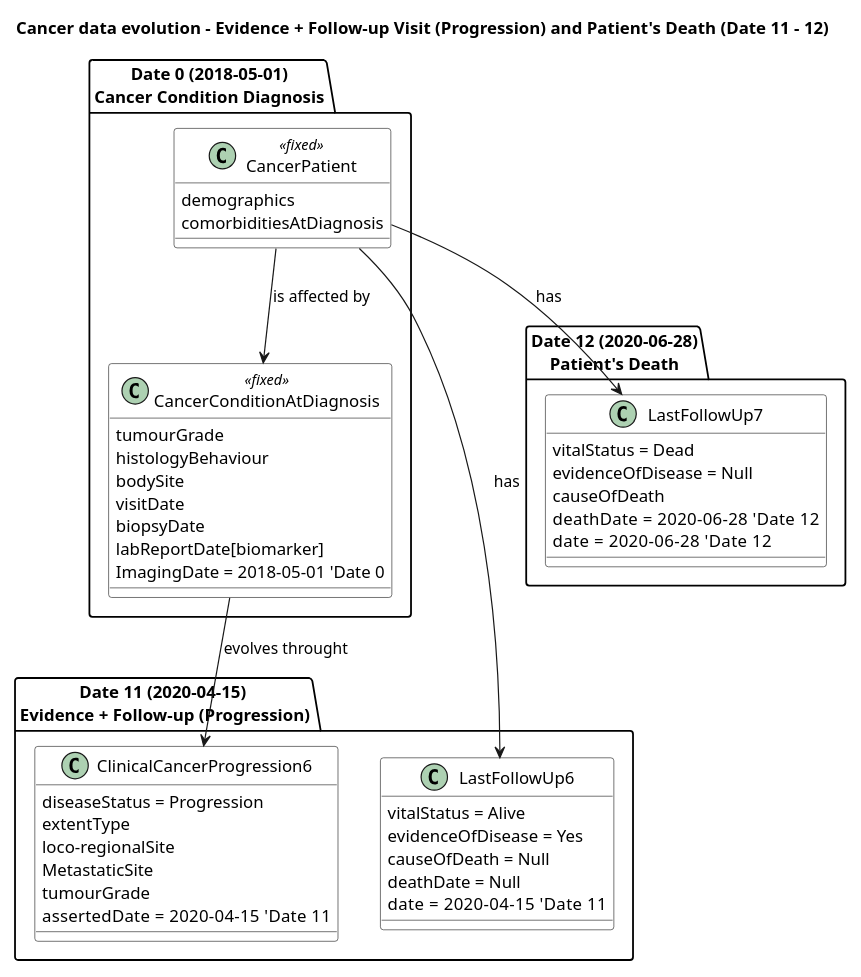
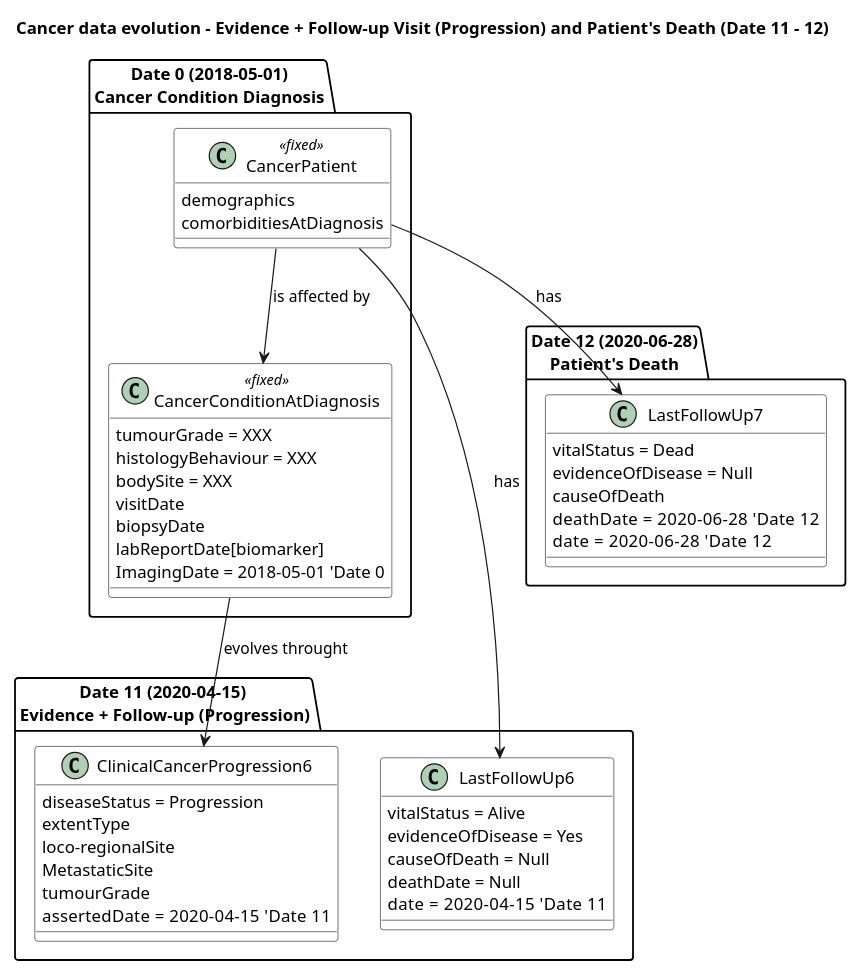
Before and after one commit to hl7-eu/cancer-common: the diagram in input/images-source/CancerDataEvolution6.plantuml, drawn with PlantUML. The commit also changed 7 other files, not shown here.

```diff
--- a/input/images-source/CancerDataEvolution6.plantuml
+++ b/input/images-source/CancerDataEvolution6.plantuml
@@ -1,147 +1,147 @@
 @startuml
 title Cancer data evolution – Evidence + Follow-up Visit (Progression) and Patient's Death (Date 11 - 12) 
 
 skinparam class {
   BackgroundColor White
 }
 scale 0.8
 
 
 package "Date 0 (2018-05-01)\nCancer Condition Diagnosis" {
   class CancerPatient <<fixed>> {
     demographics
     comorbiditiesAtDiagnosis
   }
   
   class CancerConditionAtDiagnosis <<fixed>> {
-    tumourGrade
-    histologyBehaviour
-    bodySite
+   tumourGrade = XXX
+    histologyBehaviour = XXX
+    bodySite = XXX
     visitDate 
     biopsyDate 
     labReportDate[biomarker] 
     ImagingDate = 2018-05-01 'Date 0
   }
  
 }
 
 ' Links inside Date 0
 CancerPatient --> CancerConditionAtDiagnosis : is affected by
 
  package "Date 11 (2020-04-15) \nEvidence + Follow-up (Progression)" {
     
     class LastFollowUp6 {
      vitalStatus = Alive
      evidenceOfDisease = Yes
      causeOfDeath = Null
      deathDate = Null
      date = 2020-04-15   'Date 11
   }
 
     class ClinicalCancerProgression6 {
       diseaseStatus = Progression
       extentType 
       loco-regionalSite 
       MetastaticSite 
       tumourGrade
       assertedDate = 2020-04-15   'Date 11
     }
 
  }
 
 CancerPatient --> LastFollowUp6 : has
 CancerConditionAtDiagnosis --> ClinicalCancerProgression6 : evolves throught
 
 package "Date 12 (2020-06-28)\nPatient's Death" {
 
   class LastFollowUp7 {
      vitalStatus = Dead
      evidenceOfDisease = Null
      causeOfDeath 
      deathDate = 2020-06-28   'Date 12
      date = 2020-06-28   'Date 12
   }
 }
 
 CancerPatient --> LastFollowUp7 : has
 
 /' ' =====================================================
 'Date 11 – 2020-04-15 (Disease progression follow-up)
 ' =====================================================
 package progression as "Date 11 (2020-04-15)\nEvidence + Follow-up (Disease Progression)" {
 
   class CancerCondition_D11 as "Cancer Condition" {
     histology_behaviour (fixed)
     body_site (fixed)
     tumour_grade
     asserted_date = procedure date (fixed)
     base_of_diagnosis (fixed)
     imaging_type (fixed)
     biomarker_type (fixed)
     disease_status = Progression
     last_check = Date 11
   }
 
   class DiseaseEvolution_D11 as "Disease Evolution (over time & space)" {
     extent_type = Recurrence
     disease_extent (sites)
     histology_behaviour
     tumour_grade
     base_of_diagnosis
     imaging_type
     biomarker_type
     genomics
     asserted_date = Date 7 (fixed)
     last_check = Date 11
   }
 
   class Patient_D11 as "Patient" <<fixed>> {
     demographics
     comorbidities
     life_status = Alive With Disease (AWD)
     last_check = Date 11
   }
 }
 
 
 ' =====================================================
 'Date 12 – 2020-06-28 (Patient’s death)
 ' =====================================================
 package death as "Date 12 (2020-06-28)\nPatient's Death" {
 
   class CancerCondition_D12 as "Cancer Condition" {
     histology_behaviour (fixed)
     body_site (fixed)
     tumour_grade
     asserted_date = procedure date (fixed)
     base_of_diagnosis (fixed)
     imaging_type (fixed)
     biomarker_type (fixed)
     disease_status = Progression
     last_check = Date 12
   }
 
   class DiseaseEvolution_D12 as "Disease Evolution (over time & space)" {
     extent_type = Recurrence
     disease_extent (sites)
     histology_behaviour
     tumour_grade
     base_of_diagnosis
     imaging_type
     biomarker_type
     genomics
     asserted_date = Date 7 (fixed)
     last_check = Date 12
   }
 
   class Patient_D12 as "Patient" <<fixed>> {
     demographics
     comorbidities
     life_status = Dead of Disease (DOD)
     last_check = Date 12
   }
 }
 
 ' Relationships Date 12
 ' progression --down[hidden]--> death '/
 @enduml
```
